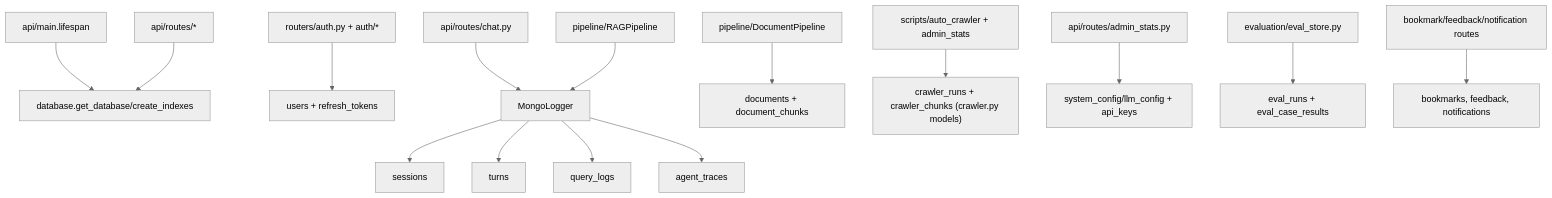
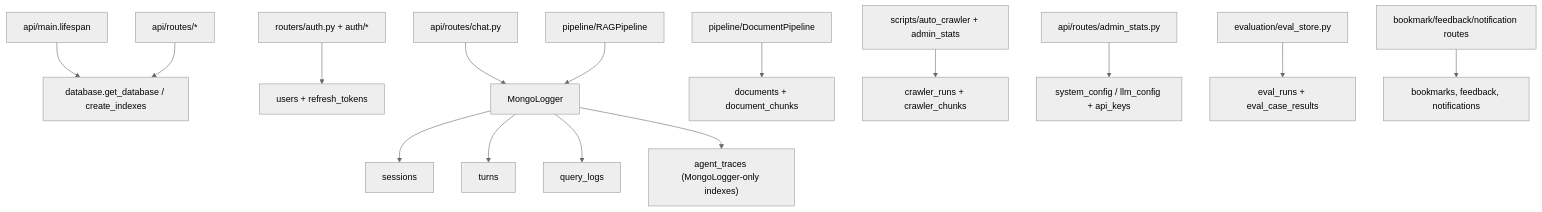
One commit to hoainam183/GR changed the diagram in src/RAG_v2/models/MODULE.md. Above: the diagram before and after it, drawn with Mermaid (neutral theme). The commit also changed other lines of this file and 38 other files, not shown here.

````diff
--- a/src/RAG_v2/models/MODULE.md
+++ b/src/RAG_v2/models/MODULE.md
@@ -123,17 +306,17 @@
 ```mermaid
 flowchart TD
-  Lifespan["api/main.lifespan"] --> Motor["database.get_database/create_indexes"]
+  Lifespan["api/main.lifespan"] --> Motor["database.get_database / create_indexes"]
   Routes["api/routes/*"] --> Motor
   Auth["routers/auth.py + auth/*"] --> Users["users + refresh_tokens"]
   Chat["api/routes/chat.py"] --> Logger["MongoLogger"]
   Pipeline["pipeline/RAGPipeline"] --> Logger
   Logger --> Sessions["sessions"]
   Logger --> Turns["turns"]
   Logger --> QueryLogs["query_logs"]
-  Logger --> AgentTraces["agent_traces"]
+  Logger --> AgentTraces["agent_traces (MongoLogger-only indexes)"]
   Upload["pipeline/DocumentPipeline"] --> Docs["documents + document_chunks"]
-  Crawler["scripts/auto_crawler + admin_stats"] --> CrawlDocs["crawler_runs + crawler_chunks (crawler.py models)"]
-  AdminConfig["api/routes/admin_stats.py"] --> Config["system_config/llm_config + api_keys"]
+  Crawler["scripts/auto_crawler + admin_stats"] --> CrawlDocs["crawler_runs + crawler_chunks"]
+  AdminConfig["api/routes/admin_stats.py"] --> Config["system_config / llm_config + api_keys"]
   Eval["evaluation/eval_store.py"] --> EvalDocs["eval_runs + eval_case_results"]
   MobileRoutes["bookmark/feedback/notification routes"] --> MobileDocs["bookmarks, feedback, notifications"]
 ```
````
